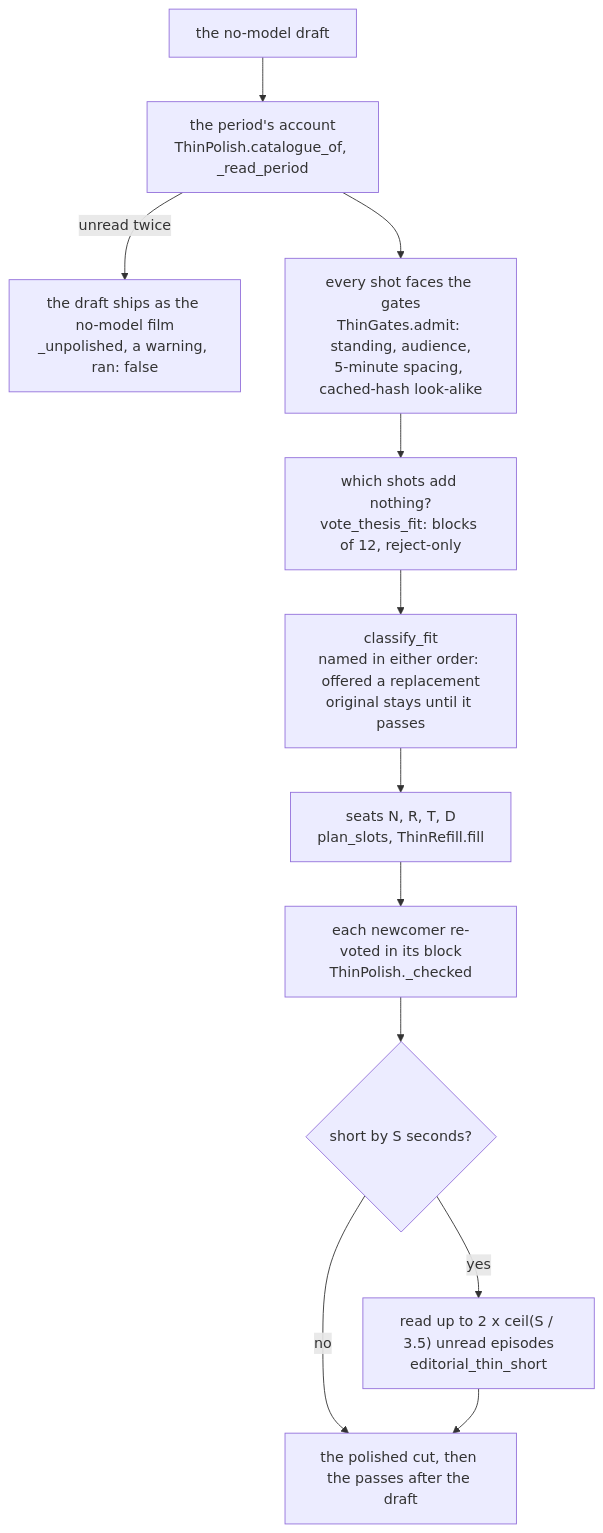
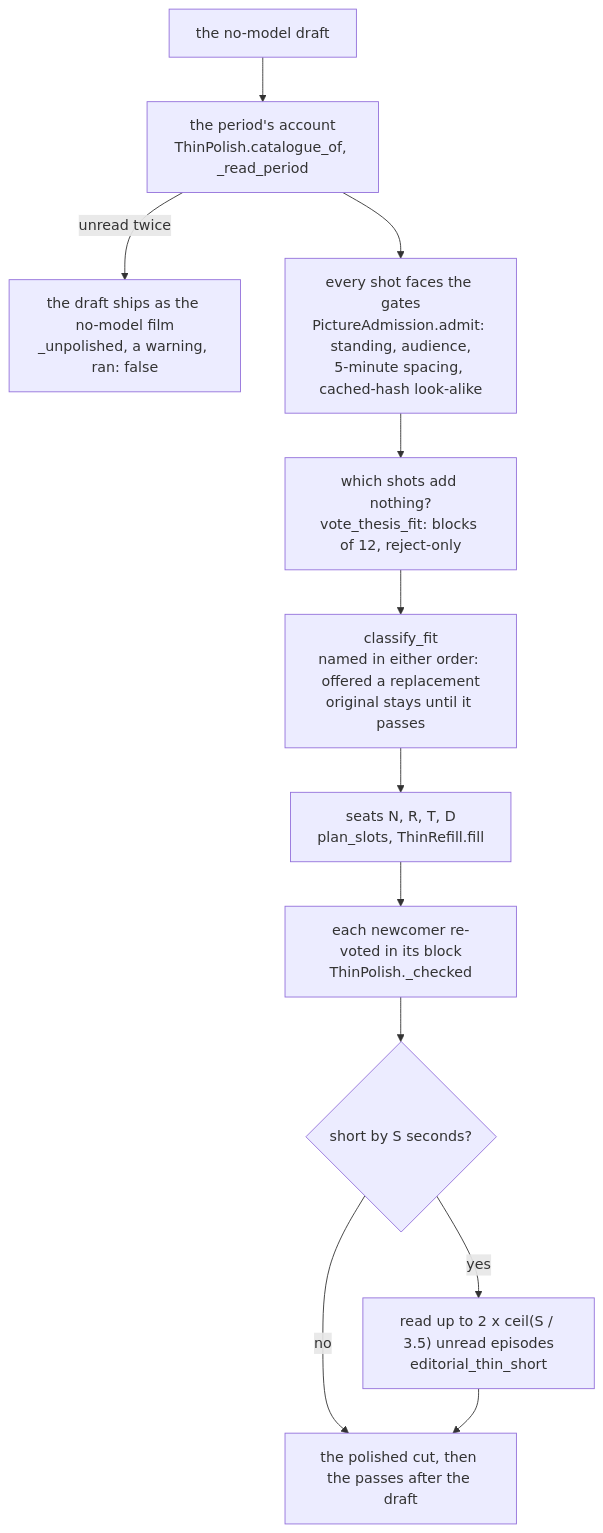
The second of 3 diagrams in docs-site/docs/how-it-chooses/what-a-model-adds.md (sam-dumont/immich-memories), drawn with Mermaid before and after one commit. The commit also changed 27 other files, not shown here.

````diff
--- a/docs-site/docs/how-it-chooses/what-a-model-adds.md
+++ b/docs-site/docs/how-it-chooses/what-a-model-adds.md
@@ -45,14 +45,14 @@
 ```mermaid
 flowchart TD
   draft["the no-model draft"] --> acc["the period's account<br/>ThinPolish.catalogue_of, _read_period"]
   acc -- "unread twice" --> ship["the draft ships as the no-model film<br/>_unpolished, a warning, ran: false"]
-  acc --> gates["every shot faces the gates<br/>ThinGates.admit: standing, audience,<br/>5-minute spacing, cached-hash look-alike"]
+  acc --> gates["every shot faces the gates<br/>PictureAdmission.admit: standing, audience,<br/>5-minute spacing, cached-hash look-alike"]
   gates --> vote["which shots add nothing?<br/>vote_thesis_fit: blocks of 12, reject-only"]
   vote --> cls["classify_fit<br/>named in either order: offered a replacement<br/>original stays until it passes"]
   cls --> seats["seats N, R, T, D<br/>plan_slots, ThinRefill.fill"]
   seats --> revote["each newcomer re-voted in its block<br/>ThinPolish._checked"]
   revote --> short{"short by S seconds?"}
   short -- yes --> reads["read up to 2 x ceil(S / 3.5) unread episodes<br/>editorial_thin_short"]
   short -- no --> done["the polished cut, then the passes after the draft"]
   reads --> done
 ```
````
